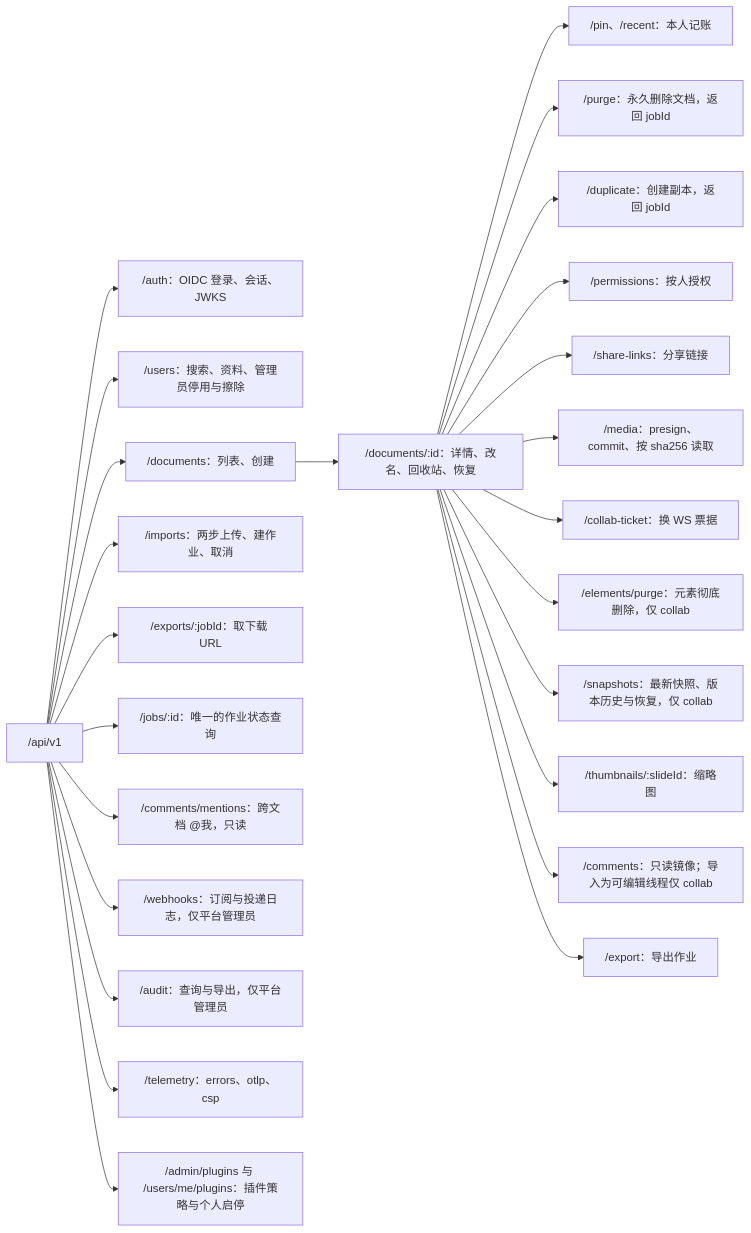
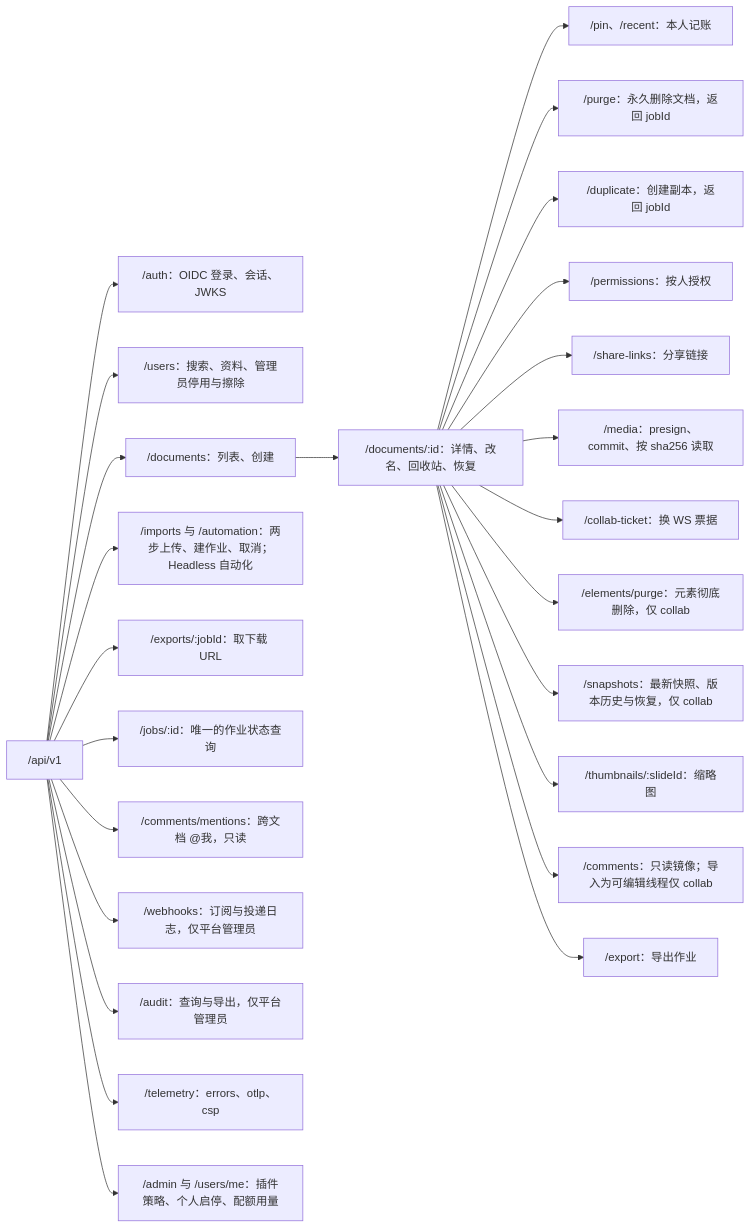
The second of 3 diagrams in docs/60-backend/15-rest-api-catalog.md (Xeonice/cordis-ppt-editor), drawn with Mermaid before and after one commit. The commit also changed other lines of this file and 16 other files, not shown here.

````diff
--- a/docs/60-backend/15-rest-api-catalog.md
+++ b/docs/60-backend/15-rest-api-catalog.md
@@ -113,27 +113,27 @@
 ```mermaid
 flowchart LR
   root["/api/v1"] --> auth["/auth：OIDC 登录、会话、JWKS"]
   root --> users["/users：搜索、资料、管理员停用与擦除"]
   root --> docs["/documents：列表、创建"]
   docs --> doc["/documents/:id：详情、改名、回收站、恢复"]
   doc --> marks["/pin、/recent：本人记账"]
   doc --> purge["/purge：永久删除文档，返回 jobId"]
   doc --> dup["/duplicate：创建副本，返回 jobId"]
   doc --> perms["/permissions：按人授权"]
   doc --> links["/share-links：分享链接"]
   doc --> media["/media：presign、commit、按 sha256 读取"]
   doc --> ticket["/collab-ticket：换 WS 票据"]
   doc --> elem["/elements/purge：元素彻底删除，仅 collab"]
   doc --> snaps["/snapshots：最新快照、版本历史与恢复，仅 collab"]
   doc --> thumbs["/thumbnails/:slideId：缩略图"]
   doc --> comments["/comments：只读镜像；导入为可编辑线程仅 collab"]
   doc --> exportR["/export：导出作业"]
-  root --> imports["/imports：两步上传、建作业、取消"]
+  root --> imports["/imports 与 /automation：两步上传、建作业、取消；Headless 自动化"]
   root --> exportsR["/exports/:jobId：取下载 URL"]
   root --> jobs["/jobs/:id：唯一的作业状态查询"]
   root --> mentions["/comments/mentions：跨文档 @我，只读"]
   root --> webhooks["/webhooks：订阅与投递日志，仅平台管理员"]
   root --> audit["/audit：查询与导出，仅平台管理员"]
   root --> telemetry["/telemetry：errors、otlp、csp"]
-  root --> pluginsR["/admin/plugins 与 /users/me/plugins：插件策略与个人启停"]
+  root --> pluginsR["/admin 与 /users/me：插件策略、个人启停、配额用量"]
 ```
````
